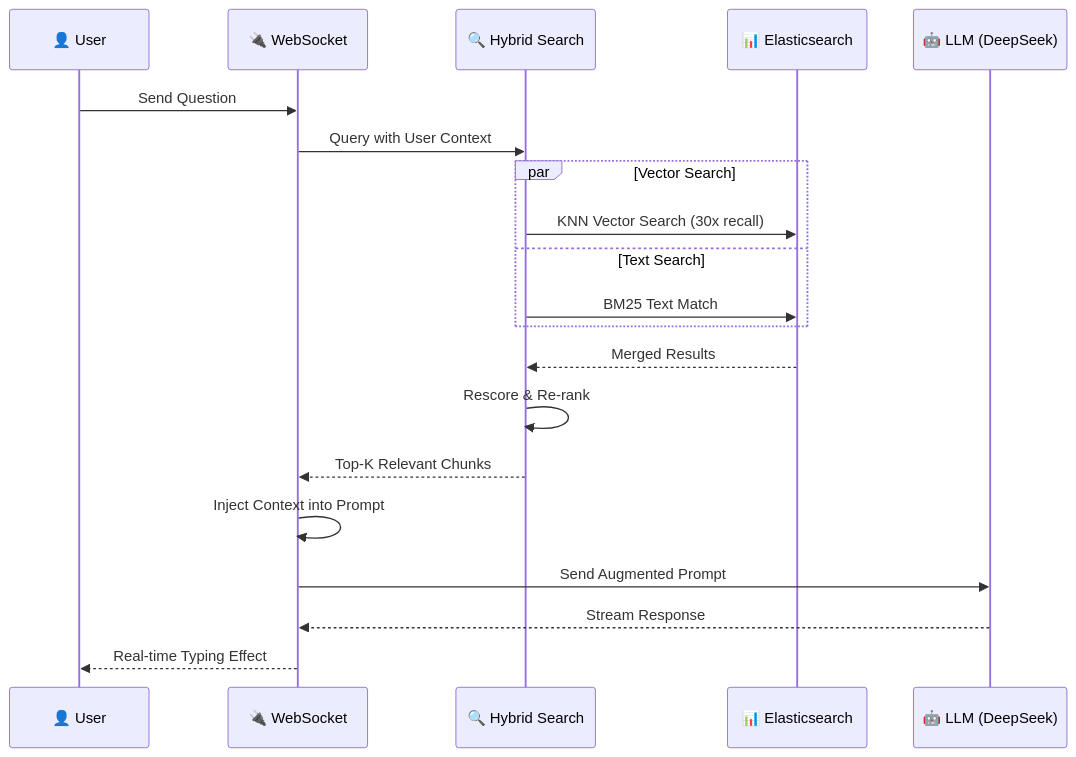
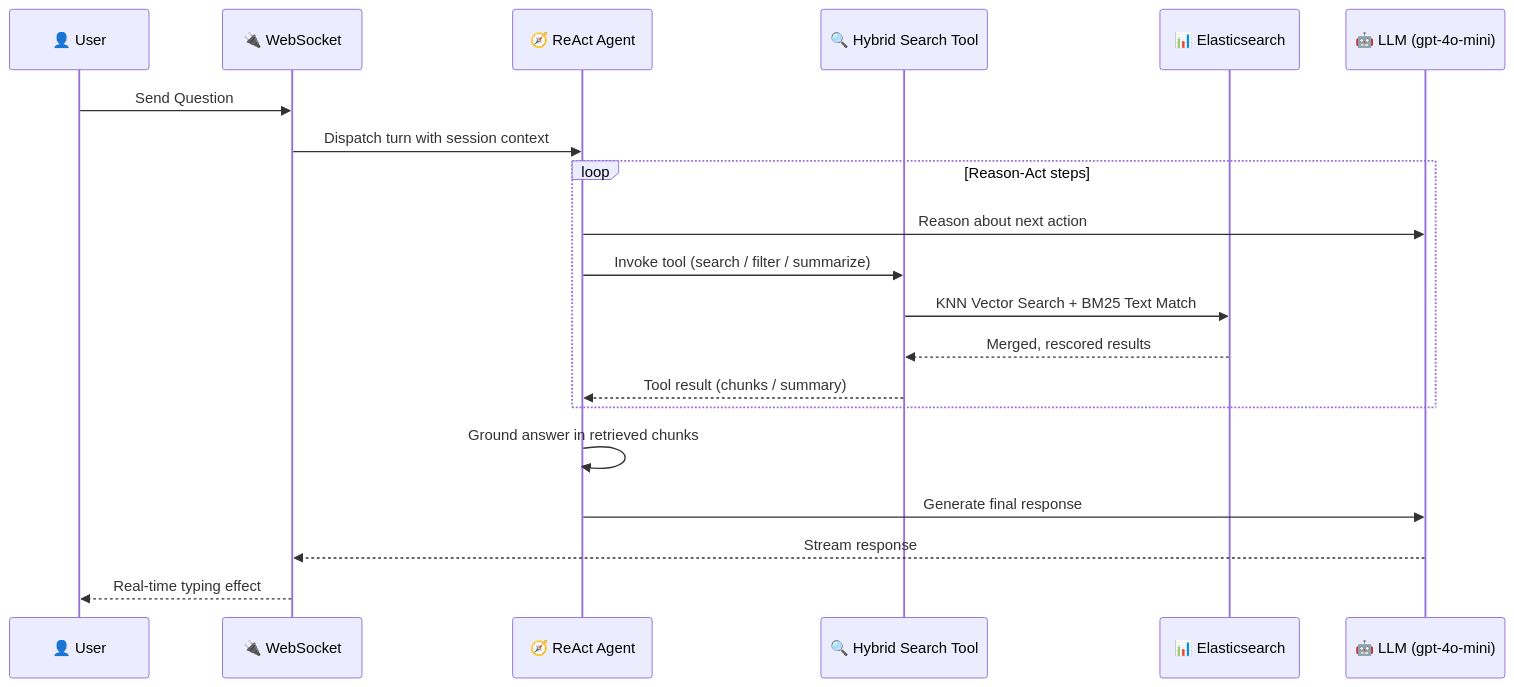
One commit to Automan1218/RoboKnow changed the third of 4 diagrams in README.md. Above: the diagram before and after it, drawn with Mermaid. The commit also changed other lines of this file and 1 other file, not shown here.

First line of the commit message:
docs: rewrite README to match current codebase, drop Chinese version

````diff
--- a/README.md
+++ b/README.md
@@ -200,26 +207,25 @@
 ```mermaid
 sequenceDiagram
     participant U as 👤 User
     participant WS as 🔌 WebSocket
-    participant HS as 🔍 Hybrid Search
+    participant AG as 🧭 ReAct Agent
+    participant HS as 🔍 Hybrid Search Tool
     participant ES as 📊 Elasticsearch
-    participant LLM as 🤖 LLM (DeepSeek)
+    participant LLM as 🤖 LLM (gpt-4o-mini)
 
     U->>WS: Send Question
-    WS->>HS: Query with User Context
-    
-    par Vector Search
-        HS->>ES: KNN Vector Search (30x recall)
-    and Text Search
-        HS->>ES: BM25 Text Match
+    WS->>AG: Dispatch turn with session context
+
+    loop Reason-Act steps
+        AG->>LLM: Reason about next action
+        AG->>HS: Invoke tool (search / filter / summarize)
+        HS->>ES: KNN Vector Search + BM25 Text Match
+        ES-->>HS: Merged, rescored results
+        HS-->>AG: Tool result (chunks / summary)
     end
-    
-    ES-->>HS: Merged Results
-    HS->>HS: Rescore & Re-rank
-    HS-->>WS: Top-K Relevant Chunks
-    
-    WS->>WS: Inject Context into Prompt
-    WS->>LLM: Send Augmented Prompt
-    LLM-->>WS: Stream Response
-    WS-->>U: Real-time Typing Effect
+
+    AG->>AG: Ground answer in retrieved chunks
+    AG->>LLM: Generate final response
+    LLM-->>WS: Stream response
+    WS-->>U: Real-time typing effect
 ```
````
